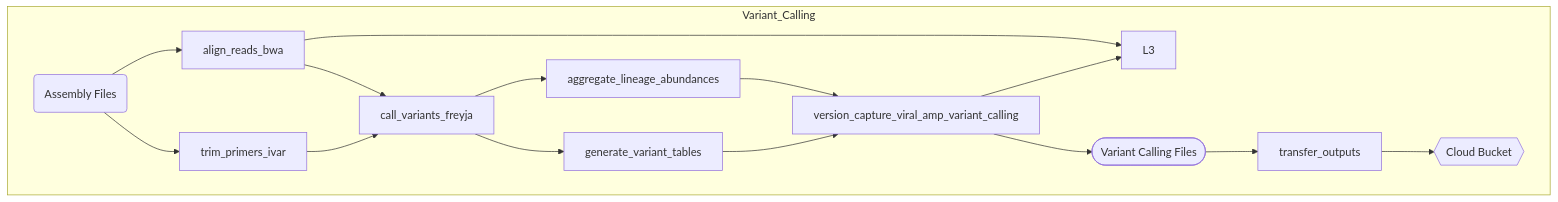
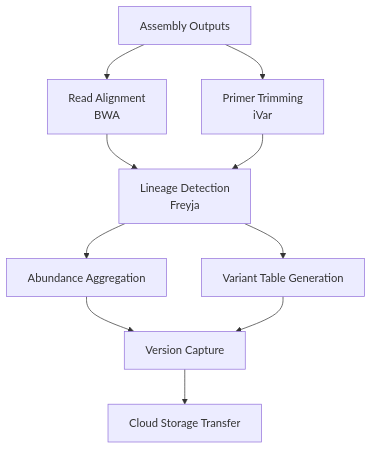
Before and after one commit to CDPHE-bioinformatics/CDPHE-Viral-Amplicon-WDL: the third of 3 diagrams in README.md, drawn with Mermaid. The commit also changed other lines of this file, not shown here.

````diff
--- a/README.md
+++ b/README.md
@@ -64,19 +51,10 @@
 ```mermaid
 graph TD
-    subgraph Variant_Calling
-    A3(Assembly Files) --> B3
-    A3 --> C3
-    B3[align_reads_bwa] --> D3
-    B3 --> L3
-    C3[trim_primers_ivar] --> D3
-    D3[call_variants_freyja] --> E3
-    D3 --> F3
-    E3[aggregate_lineage_abundances] --> G3
-    F3[generate_variant_tables] --> G3
-    G3[version_capture_viral_amp_variant_calling] --> H3
-    G3 --> L3
-    H3([Variant Calling Files]) --> I3
-    I3[transfer_outputs] --> J3
-    J3{{Cloud Bucket}}
-    end
+    A[Assembly Outputs] --> B[Read Alignment<br/>BWA]
+    A --> C[Primer Trimming<br/>iVar]
+    B & C --> D[Lineage Detection<br/>Freyja]
+    D --> E[Abundance Aggregation]
+    D --> F[Variant Table Generation]
+    E & F --> G[Version Capture]
+    G --> H[Cloud Storage Transfer]
 ```
````
